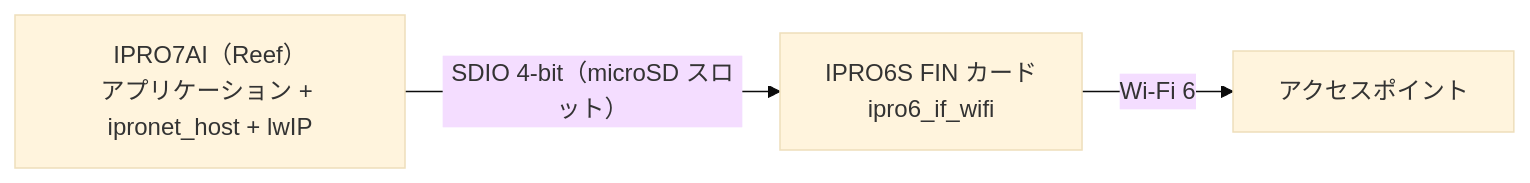
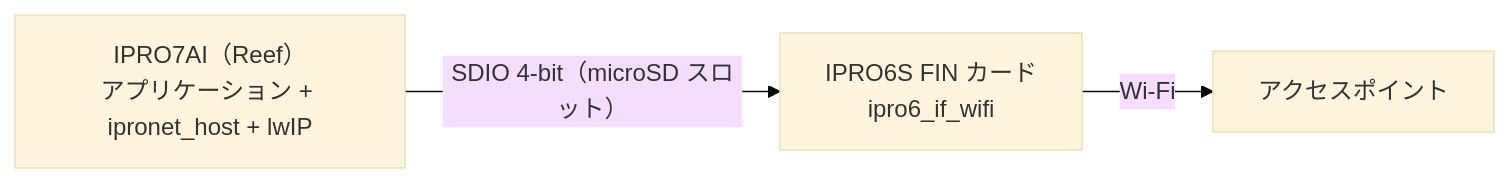
The diagram in docs/ja/hardware/chips/ipro6s.md (INTELPRO-INC/ipro-sdk-docs), drawn with Mermaid (base theme) before and after one commit. The commit also changed other lines of this file and 173 other files, not shown here.

````diff
--- a/docs/ja/hardware/chips/ipro6s.md
+++ b/docs/ja/hardware/chips/ipro6s.md
@@ -204,5 +204,5 @@
 ```mermaid
 flowchart LR
     A["IPRO7AI（Reef）<br/>アプリケーション + ipronet_host + lwIP"] -- "SDIO 4-bit（microSD スロット）" --> B["IPRO6S FIN カード<br/>ipro6_if_wifi"]
-    B -- "Wi-Fi 6" --> C["アクセスポイント"]
+    B -- "Wi-Fi" --> C["アクセスポイント"]
 ```
````
